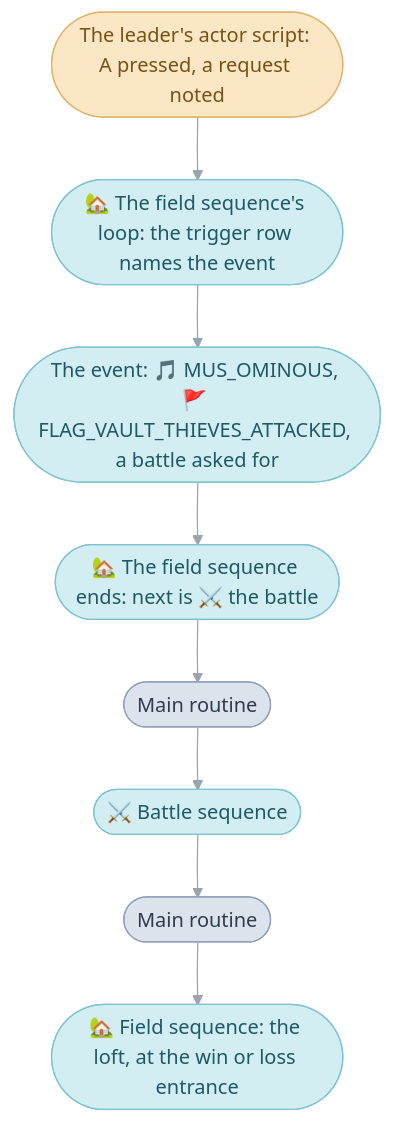
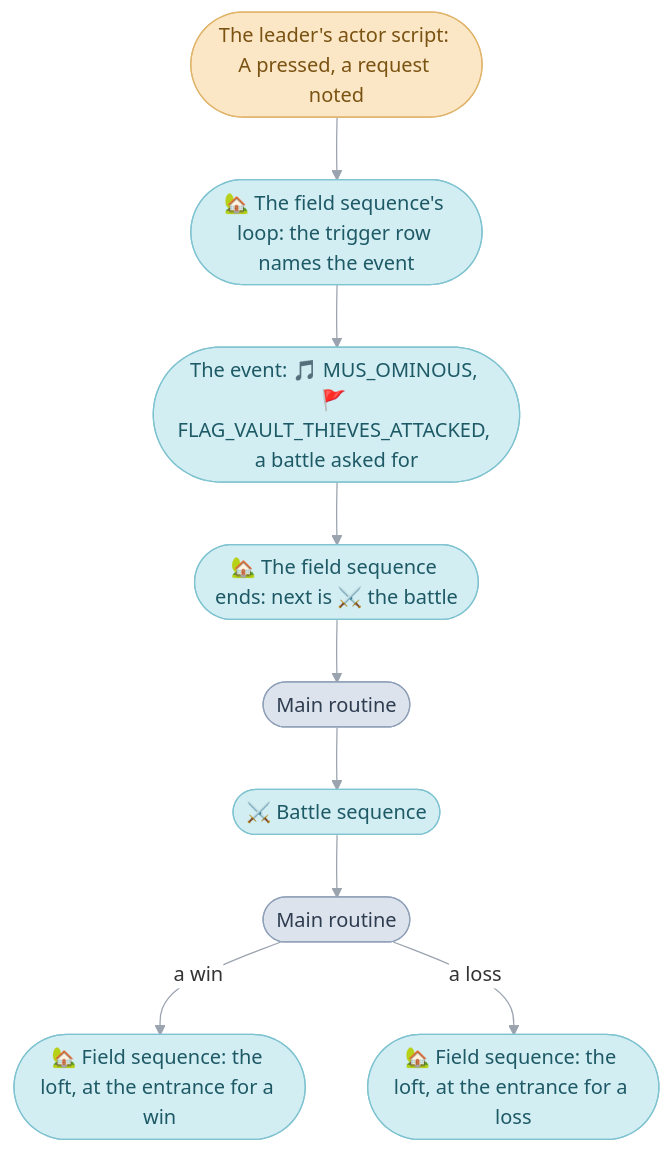
The sixth of 6 diagrams in games/tbs/README.md (PascalPixel/alchemy), drawn with Mermaid before and after one commit. The commit also changed other lines of this file and 21 other files, not shown here.

````diff
--- a/games/tbs/README.md
+++ b/games/tbs/README.md
@@ -674,17 +705,18 @@
 ```mermaid
 %%{init: {"theme": "base", "themeVariables": {"lineColor": "#9AA3AE", "edgeLabelBackground": "#FFFFFF"}, "flowchart": {"curve": "basis", "padding": 12}}}%%
 flowchart TD
   press(["The leader's actor script: A pressed, a request noted"]) --> row(["🏡 The field sequence's loop: the trigger row names the event"])
   row --> event(["The event: 🎵 MUS_OMINOUS, 🚩 FLAG_VAULT_THIEVES_ATTACKED, a battle asked for"])
   event --> leave(["🏡 The field sequence ends: next is ⚔️ the battle"])
   leave --> main1(["Main routine"])
   main1 --> battle(["⚔️ Battle sequence"])
   battle --> main2(["Main routine"])
-  main2 --> loft(["🏡 Field sequence: the loft, at the win or loss entrance"])
+  main2 -- "a win" --> won(["🏡 Field sequence: the loft, at the entrance for a win"])
+  main2 -- "a loss" --> lost(["🏡 Field sequence: the loft, at the entrance for a loss"])
   classDef mainRoutine fill:#DDE3EC,stroke:#8FA0B8,color:#2E3C50
   classDef sequence fill:#D2EEF3,stroke:#7FC3D0,color:#1E5966
   classDef request fill:#FBE7C6,stroke:#E0B46A,color:#7A5212
   class main1,main2 mainRoutine
-  class row,event,leave,battle,loft sequence
+  class row,event,leave,battle,won,lost sequence
   class press request
 ```
````
